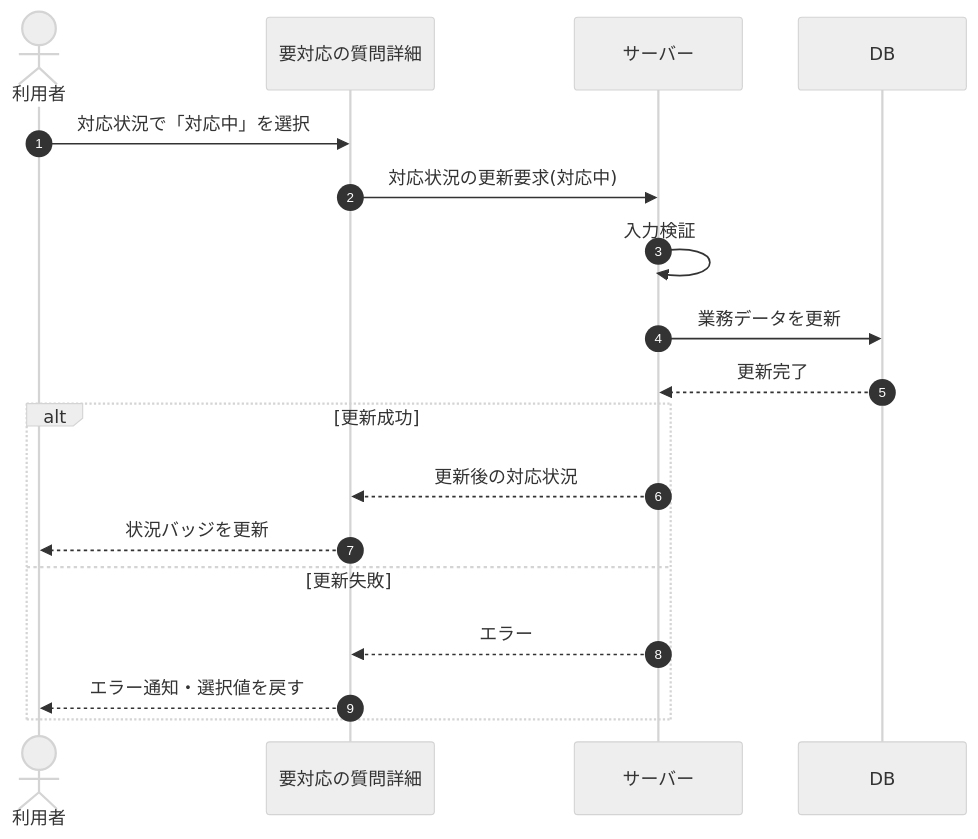
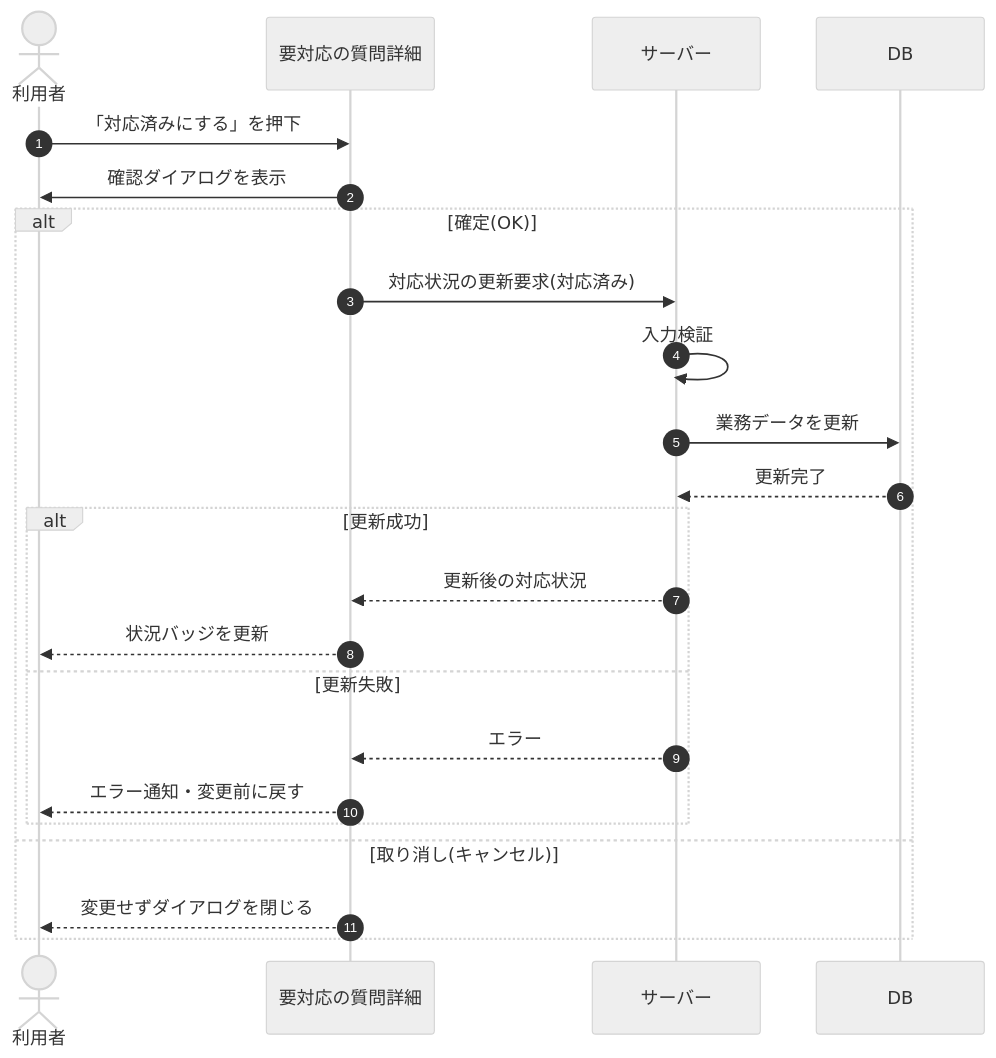
Before and after one commit to sikakou54/open-faq: the diagram in 02_basic_design/03_sequences/SEQ-022.md, drawn with Mermaid (neutral theme). The commit also changed other lines of this file and 121 other files, not shown here.

````diff
--- a/02_basic_design/03_sequences/SEQ-022.md
+++ b/02_basic_design/03_sequences/SEQ-022.md
@@ -24,20 +24,25 @@
 ```mermaid
 sequenceDiagram
   autonumber
   actor U as 利用者
   participant Screen as 要対応の質問詳細
   participant Server as サーバー
   participant DB as DB
-  U->>Screen: 対応状況で「対応中」を選択
-  Screen->>Server: 対応状況の更新要求(対応中)
-  Server->>Server: 入力検証
-  Server->>DB: 業務データを更新
-  DB-->>Server: 更新完了
-  alt 更新成功
-    Server-->>Screen: 更新後の対応状況
-    Screen-->>U: 状況バッジを更新
-  else 更新失敗
-    Server-->>Screen: エラー
-    Screen-->>U: エラー通知・選択値を戻す
+  U->>Screen: 「対応済みにする」を押下
+  Screen->>U: 確認ダイアログを表示
+  alt 確定(OK)
+    Screen->>Server: 対応状況の更新要求(対応済み)
+    Server->>Server: 入力検証
+    Server->>DB: 業務データを更新
+    DB-->>Server: 更新完了
+    alt 更新成功
+      Server-->>Screen: 更新後の対応状況
+      Screen-->>U: 状況バッジを更新
+    else 更新失敗
+      Server-->>Screen: エラー
+      Screen-->>U: エラー通知・変更前に戻す
+    end
+  else 取り消し(キャンセル)
+    Screen-->>U: 変更せずダイアログを閉じる
   end
 ```
````
